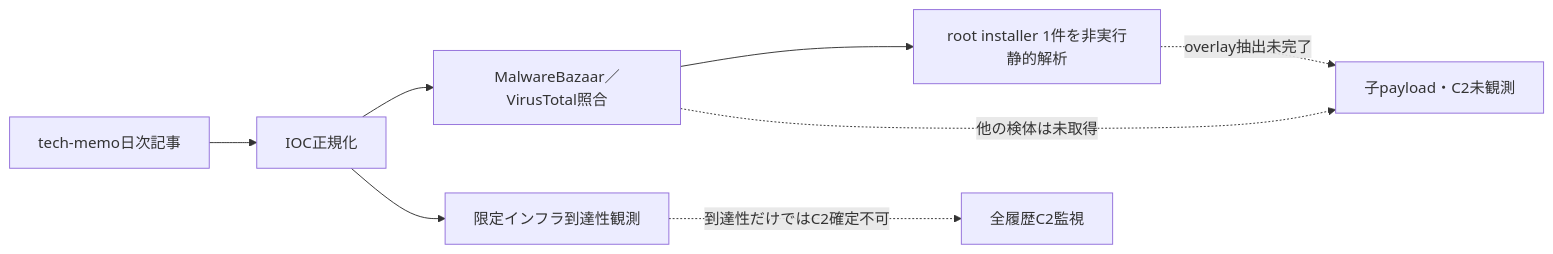
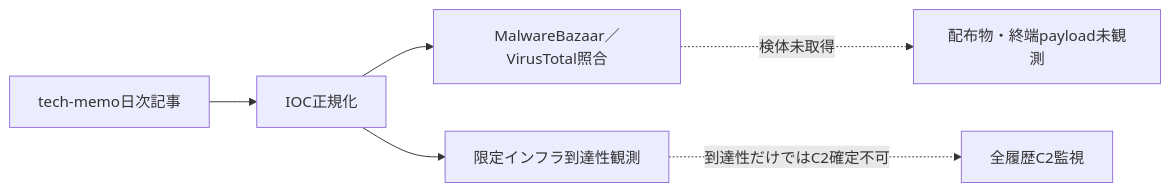
The diagram in analysis-results/research/daily-news-malware/2026-08-10/THREAT-ANALYSIS.md (proshiba/AI-security-analysis), drawn with Mermaid before and after one commit. The commit also changed other lines of this file and 1412 other files, not shown here.

````diff
--- a/analysis-results/research/daily-news-malware/2026-08-10/THREAT-ANALYSIS.md
+++ b/analysis-results/research/daily-news-malware/2026-08-10/THREAT-ANALYSIS.md
@@ -15,10 +15,8 @@
 ```mermaid
 flowchart LR
     N["tech-memo日次記事"] --> I["IOC正規化"]
     I --> P["MalwareBazaar／VirusTotal照合"]
     I --> R["限定インフラ到達性観測"]
-    P --> S["root installer 1件を非実行静的解析"]
-    S -. "overlay抽出未完了" .-> U["子payload・C2未観測"]
-    P -. "他の検体は未取得" .-> U
+    P -. "検体未取得" .-> U["配布物・終端payload未観測"]
     R -. "到達性だけではC2確定不可" .-> C["全履歴C2監視"]
 ```
````
